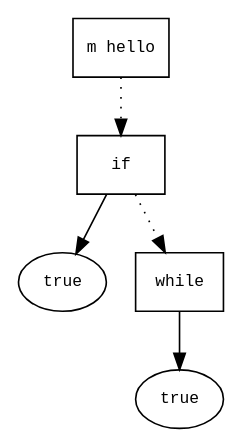
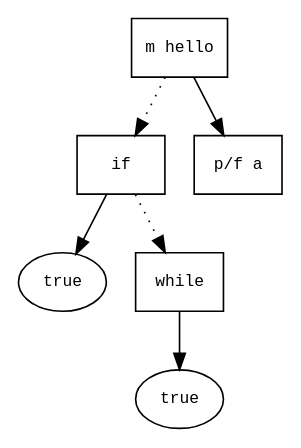
Before and after one commit to amoretspero/snuplc: the diagram in if_while.mod.ast.dot, drawn with Graphviz. The commit also changed 190 other files, not shown here.

```diff
--- a/if_while.mod.ast.dot
+++ b/if_while.mod.ast.dot
@@ -1,15 +1,17 @@
 digraph AST {
   graph [fontname="Times New Roman",fontsize=10];
   node  [fontname="Courier New",fontsize=10];
   edge  [fontname="Times New Roman",fontsize=10];
 
   node0 [label="m hello",shape=box];
-  node2 [label="if",shape=box];
-  node1 [label="true",shape=ellipse];
-  node2->node1;
-  node0 -> node2 [style=dotted];
-  node4 [label="while",shape=box];
-  node3 [label="true",shape=ellipse];
-  node4->node3;
-  node2 -> node4 [style=dotted];
+  node3 [label="if",shape=box];
+  node2 [label="true",shape=ellipse];
+  node3->node2;
+  node0 -> node3 [style=dotted];
+  node5 [label="while",shape=box];
+  node4 [label="true",shape=ellipse];
+  node5->node4;
+  node3 -> node5 [style=dotted];
+  node1 [label="p/f a",shape=box];
+  node0 -> node1;
 }
```
